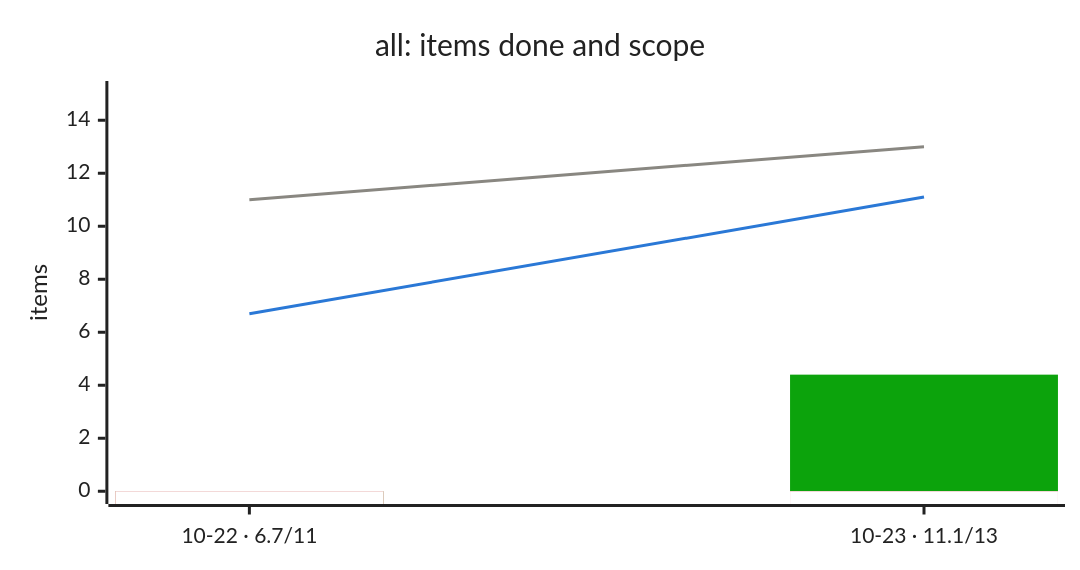
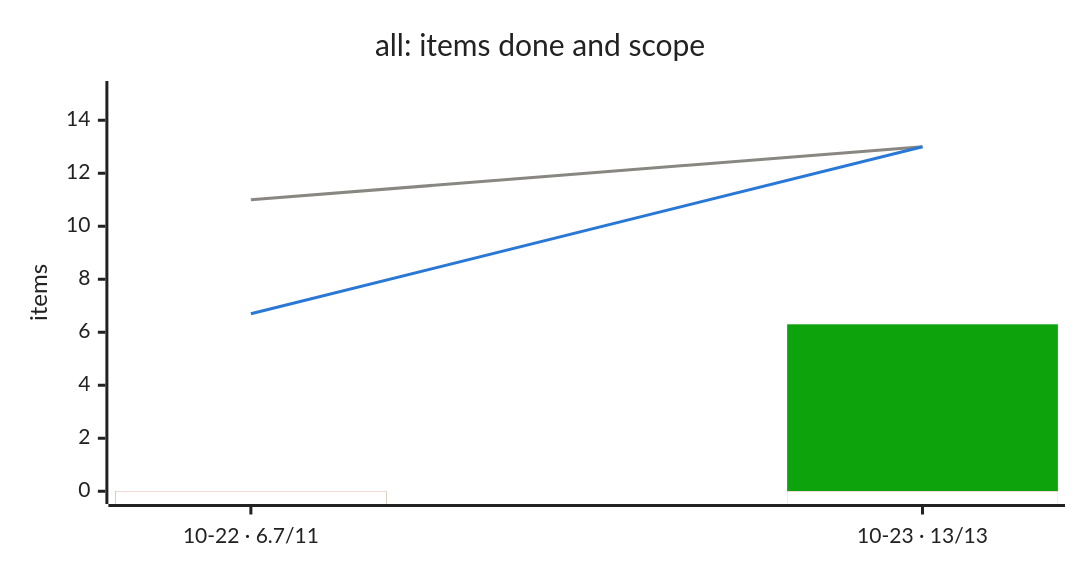
One commit to bvraghav/pmtrack changed the fifth of 5 diagrams in README.md. Above: the diagram before and after it, drawn with Mermaid. The commit also changed other lines of this file and 4 other files, not shown here.

````diff
--- a/README.md
+++ b/README.md
@@ -136,13 +131,13 @@
 ```mermaid
 %%{init: {"themeVariables": {"xyChart": {"backgroundColor": "#ffffff", "titleColor": "#222222", "plotColorPalette": "#0ca30c,#ffffff,#d03b3b,#ffffff,#898781,#2a78d6", "xAxisLabelColor": "#222222", "xAxisTitleColor": "#222222", "xAxisTickColor": "#222222", "xAxisLineColor": "#222222", "yAxisLabelColor": "#222222", "yAxisTitleColor": "#222222", "yAxisTickColor": "#222222", "yAxisLineColor": "#222222"}}, "xyChart": {"height": 360}}}%%
 xychart-beta
   title "all: items done and scope"
-  x-axis ["10-22 · 6.7/11", "10-23 · 11.1/13"]
+  x-axis ["10-22 · 6.7/11", "10-23 · 13/13"]
   y-axis "items" 0 --> 15
-  bar [0, 4.4]
+  bar [0, 6.3]
   bar [0, 0]
   bar [0, 0]
   bar [0, 0]
   line [11, 13]
-  line [6.7, 11.1]
+  line [6.7, 13]
 ```
````
